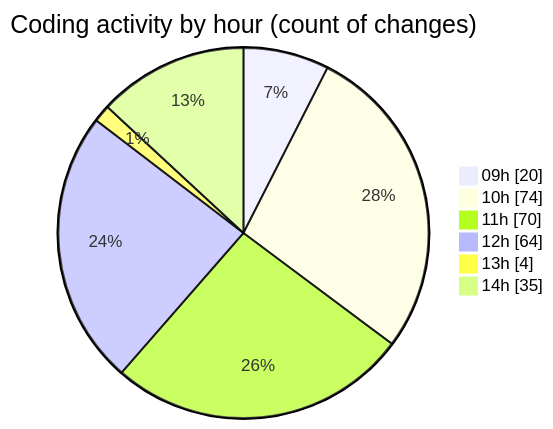
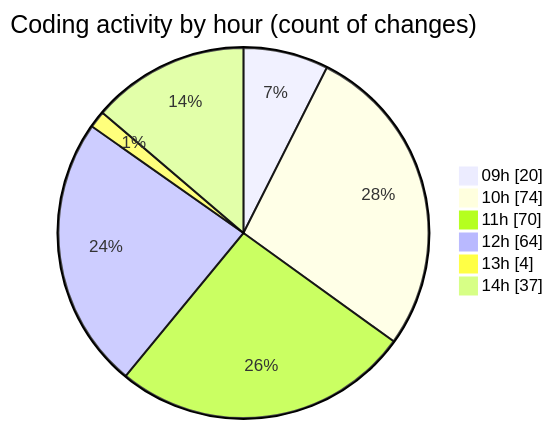
One commit to CELIANVF/code-tracking changed the second of 2 diagrams in 2025-06-06/ecodeli-1/README.md. Above: the diagram before and after it, drawn with Mermaid. The commit also changed other lines of this file and 1 other file, not shown here.

````diff
--- a/2025-06-06/ecodeli-1/README.md
+++ b/2025-06-06/ecodeli-1/README.md
@@ -104,10 +104,10 @@
 ```mermaid
 pie showData
 title Coding activity by hour (count of changes)
 "09h" : 20
 "10h" : 74
 "11h" : 70
 "12h" : 64
 "13h" : 4
-"14h" : 35
+"14h" : 37
 ```
````
